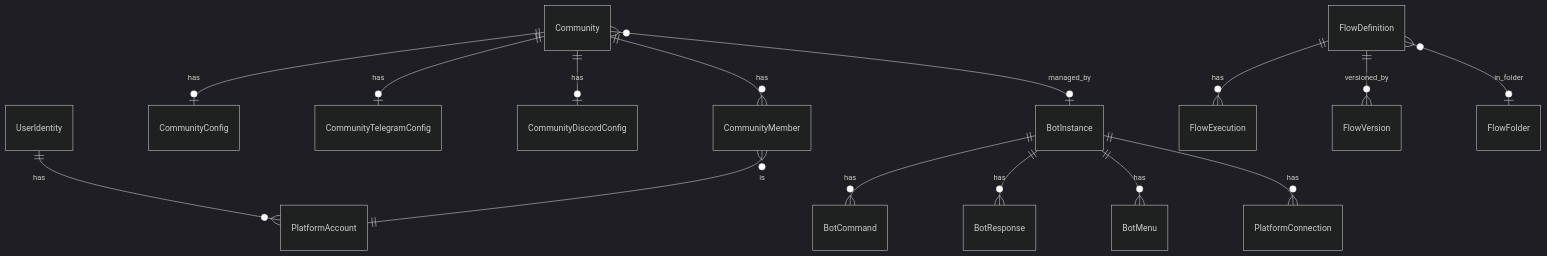
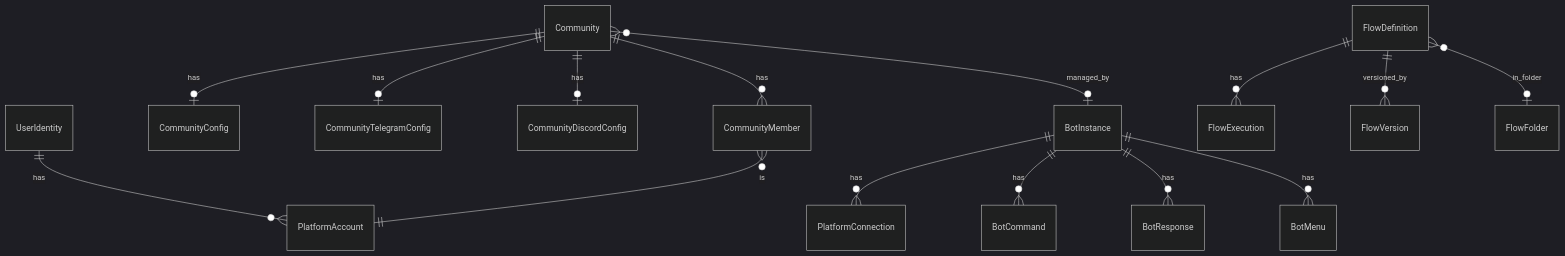
Before and after one commit to kolezka/flowbot: the eighth of 9 diagrams in README.md, drawn with Mermaid (dark theme). The commit also changed other lines of this file, not shown here.

Commit message:
docs: rewrite README.md 2.0 with mermaid diagrams throughout

````diff
--- a/README.md
+++ b/README.md
@@ -398,19 +337,19 @@
 ```mermaid
 erDiagram
     UserIdentity ||--o{ PlatformAccount : has
     Community ||--o| CommunityConfig : has
     Community ||--o| CommunityTelegramConfig : has
     Community ||--o| CommunityDiscordConfig : has
     Community ||--o{ CommunityMember : has
     CommunityMember }o--|| PlatformAccount : is
     Community }o--o| BotInstance : managed_by
+    BotInstance ||--o{ PlatformConnection : has
 
     FlowDefinition ||--o{ FlowExecution : has
     FlowDefinition ||--o{ FlowVersion : versioned_by
     FlowDefinition }o--o| FlowFolder : in_folder
 
     BotInstance ||--o{ BotCommand : has
     BotInstance ||--o{ BotResponse : has
     BotInstance ||--o{ BotMenu : has
-    BotInstance ||--o{ PlatformConnection : has
 ```
````
